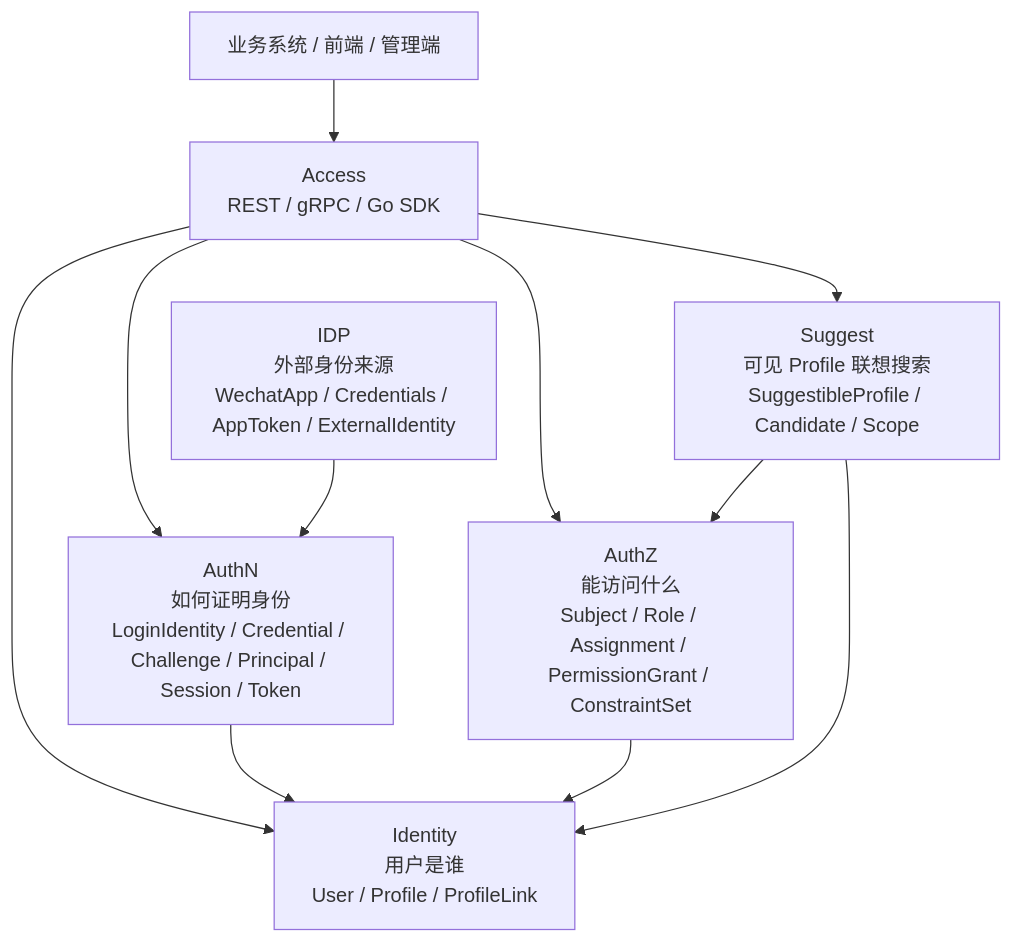
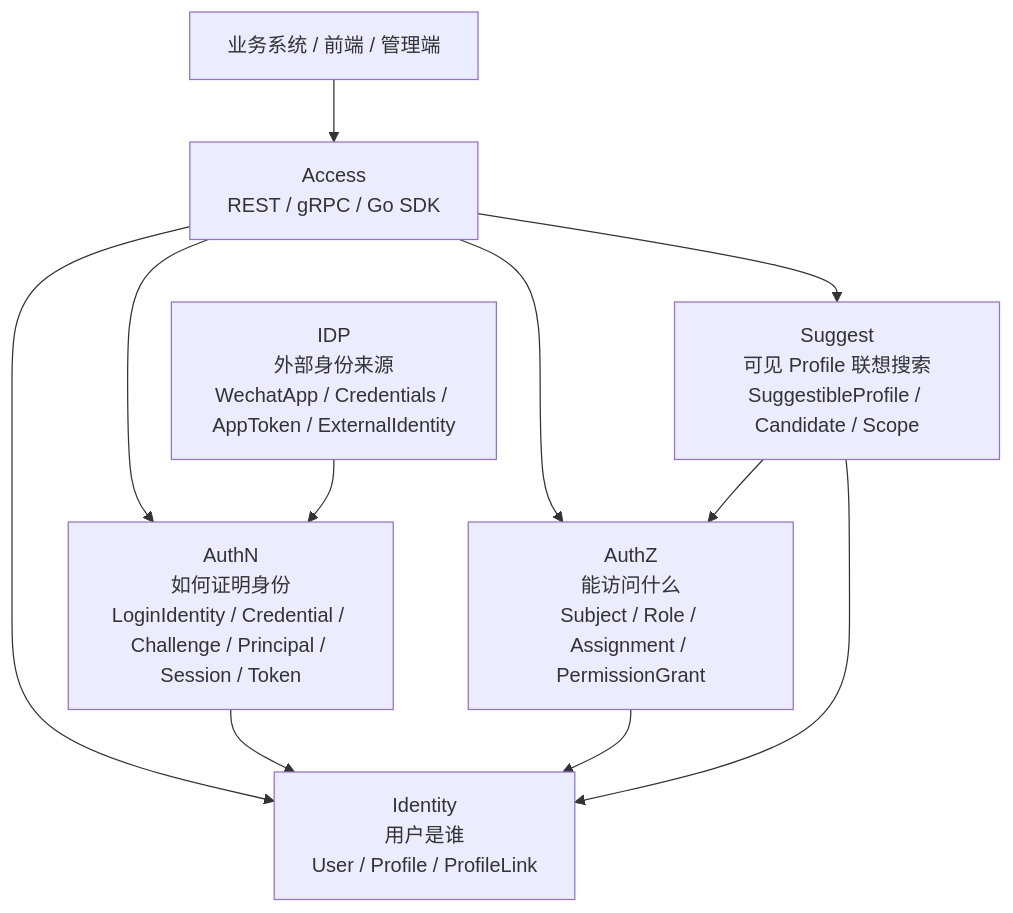
Before and after one commit to FangcunMount/iam-contracts: the diagram in docs/00-概览/01-IAM系统定位.md, drawn with Mermaid. The commit also changed other lines of this file and 162 other files, not shown here.

````diff
--- a/docs/00-概览/01-IAM系统定位.md
+++ b/docs/00-概览/01-IAM系统定位.md
@@ -49,23 +49,23 @@
 ```mermaid
 flowchart TD
     Client["业务系统 / 前端 / 管理端"]
     Access["Access\nREST / gRPC / Go SDK"]
 
     Identity["Identity\n用户是谁\nUser / Profile / ProfileLink"]
     AuthN["AuthN\n如何证明身份\nLoginIdentity / Credential / Challenge / Principal / Session / Token"]
-    AuthZ["AuthZ\n能访问什么\nSubject / Role / Assignment / PermissionGrant / ConstraintSet"]
+    AuthZ["AuthZ\n能访问什么\nSubject / Role / Assignment / PermissionGrant"]
     IDP["IDP\n外部身份来源\nWechatApp / Credentials / AppToken / ExternalIdentity"]
     Suggest["Suggest\n可见 Profile 联想搜索\nSuggestibleProfile / Candidate / Scope"]
 
     Client --> Access
     Access --> Identity
     Access --> AuthN
     Access --> AuthZ
     Access --> Suggest
 
     IDP --> AuthN
     AuthN --> Identity
     AuthZ --> Identity
     Suggest --> Identity
     Suggest --> AuthZ
 ```
````
